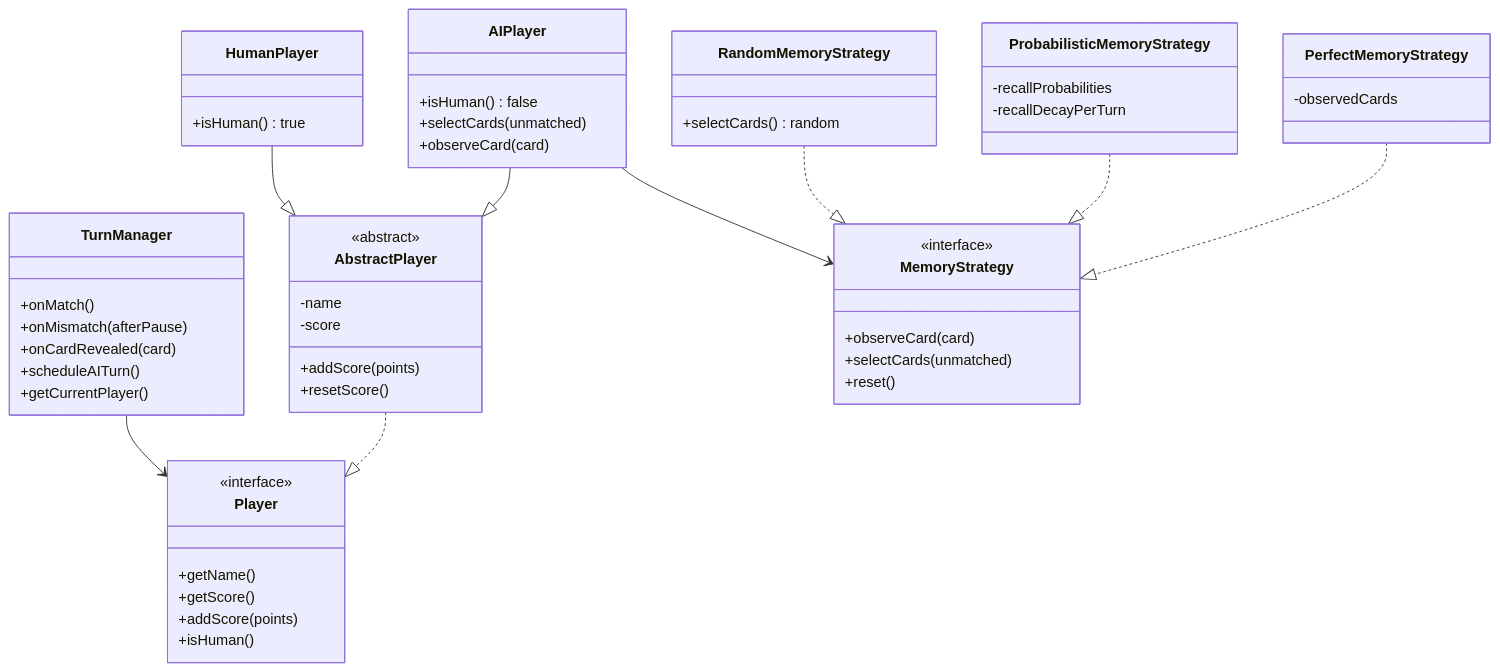
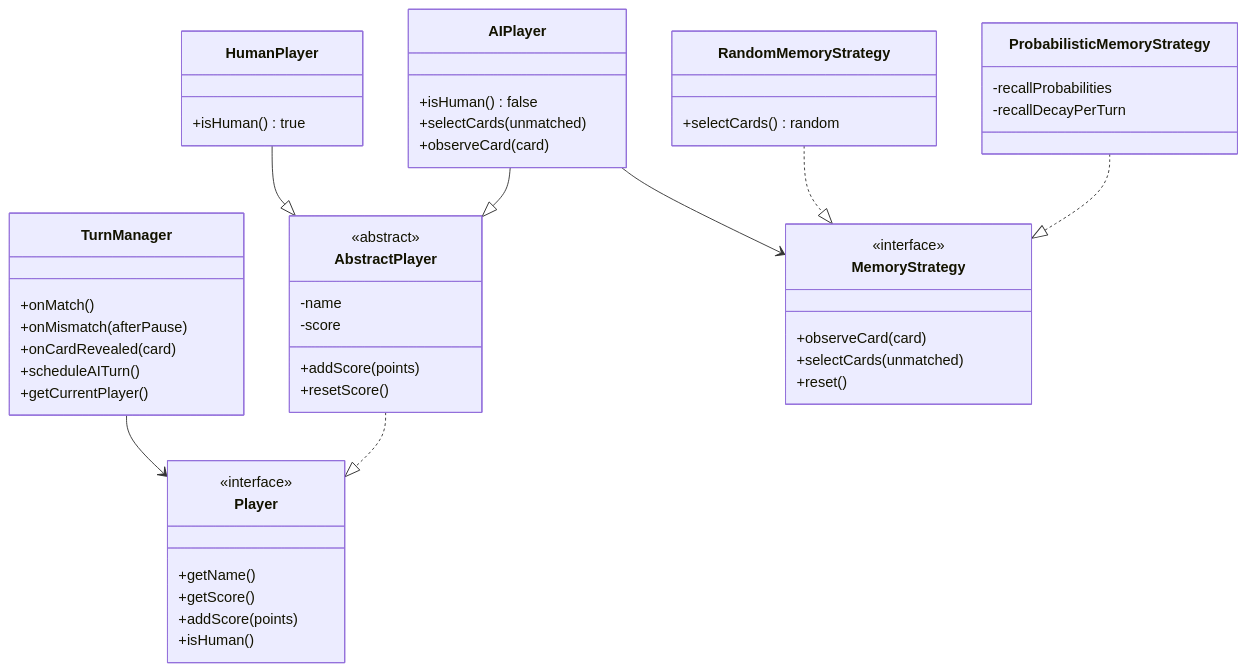
One commit to zombonline/LudumDare59 changed the diagram in README.md. Above: the diagram before and after it, drawn with Mermaid.

Commit message:
Remove PerfectMemoryStrategy from README
Removed PerfectMemoryStrategy class from documentation.

````diff
--- a/README.md
+++ b/README.md
@@ -1,65 +1,60 @@
 ```mermaid
 classDiagram
     class TurnManager {
         +onMatch()
         +onMismatch(afterPause)
         +onCardRevealed(card)
         +scheduleAITurn()
         +getCurrentPlayer()
     }
 
     class Player {
         <<interface>>
         +getName()
         +getScore()
         +addScore(points)
         +isHuman()
     }
 
     class AbstractPlayer {
         <<abstract>>
         -name
         -score
         +addScore(points)
         +resetScore()
     }
 
     class HumanPlayer {
         +isHuman() true
     }
 
     class AIPlayer {
         +isHuman() false
         +selectCards(unmatched)
         +observeCard(card)
     }
 
     class MemoryStrategy {
         <<interface>>
         +observeCard(card)
         +selectCards(unmatched)
         +reset()
     }
 
     class RandomMemoryStrategy {
         +selectCards() random
     }
 
     class ProbabilisticMemoryStrategy {
         -recallProbabilities
         -recallDecayPerTurn
     }
 
-    class PerfectMemoryStrategy {
-        -observedCards
-    }
-
     TurnManager --> Player
     AbstractPlayer ..|> Player
     HumanPlayer --|> AbstractPlayer
     AIPlayer --|> AbstractPlayer
     AIPlayer --> MemoryStrategy
     RandomMemoryStrategy ..|> MemoryStrategy
     ProbabilisticMemoryStrategy ..|> MemoryStrategy
-    PerfectMemoryStrategy ..|> MemoryStrategy
 ```
````
